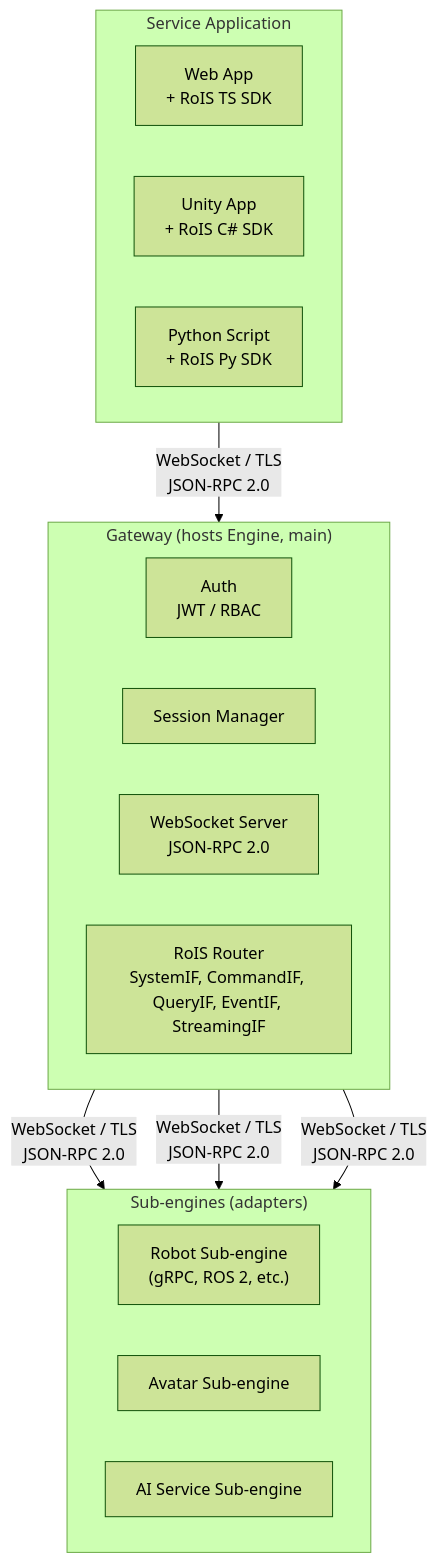
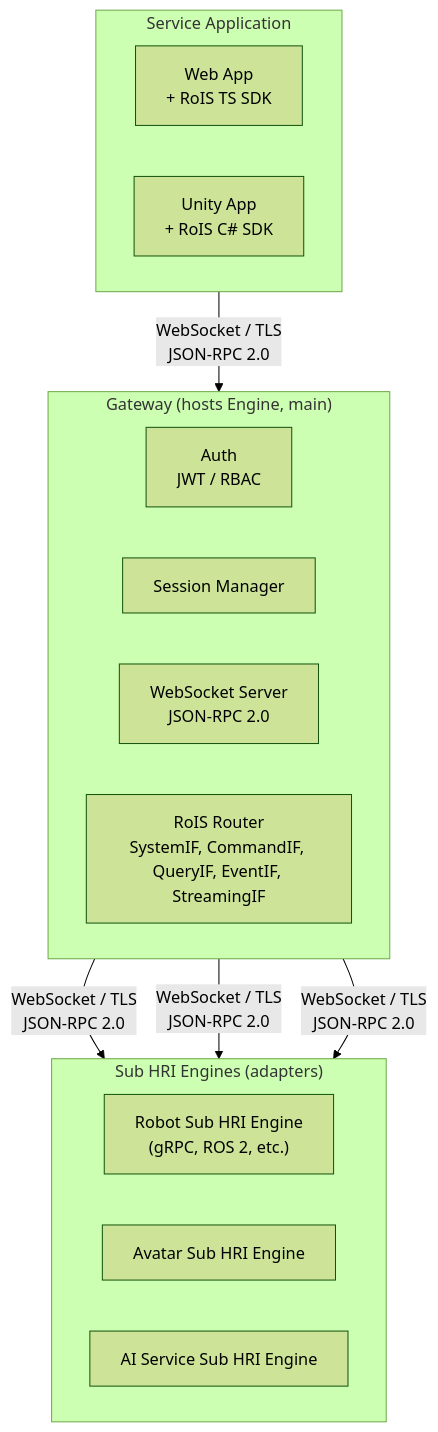
The first of 5 diagrams in docs/architecture.md (openrois/openrois), drawn with Mermaid (forest theme) before and after one commit. The commit also changed other lines of this file and 43 other files, not shown here.

````diff
--- a/docs/architecture.md
+++ b/docs/architecture.md
@@ -185,29 +185,28 @@
 ```mermaid
 flowchart TB
     subgraph L1["Service Application"]
         direction LR
         WebApp["Web App<br/>+ RoIS TS SDK"]
         UnityApp["Unity App<br/>+ RoIS C# SDK"]
-        PyScript["Python Script<br/>+ RoIS Py SDK"]
     end
 
     subgraph L2["Gateway (hosts Engine, main)"]
         direction LR
         Auth["Auth<br/>JWT / RBAC"]
         Session["Session Manager"]
         WSServer["WebSocket Server<br/>JSON-RPC 2.0"]
         Router["RoIS Router<br/>SystemIF, CommandIF, QueryIF, EventIF, StreamingIF"]
     end
 
-    subgraph L3["Sub-engines (adapters)"]
+    subgraph L3["Sub HRI Engines (adapters)"]
         direction LR
-        RobotSubEngine["Robot Sub-engine<br/>(gRPC, ROS 2, etc.)"]
-        AvatarSubEngine["Avatar Sub-engine"]
-        ServiceSubEngine["AI Service Sub-engine"]
+        RobotSubEngine["Robot Sub HRI Engine<br/>(gRPC, ROS 2, etc.)"]
+        AvatarSubEngine["Avatar Sub HRI Engine"]
+        ServiceSubEngine["AI Service Sub HRI Engine"]
     end
 
     L1 -->|"WebSocket / TLS<br/>JSON-RPC 2.0"| L2
     L2 -->|"WebSocket / TLS<br/>JSON-RPC 2.0"| RobotSubEngine
     L2 -->|"WebSocket / TLS<br/>JSON-RPC 2.0"| AvatarSubEngine
     L2 -->|"WebSocket / TLS<br/>JSON-RPC 2.0"| ServiceSubEngine
 ```
````
